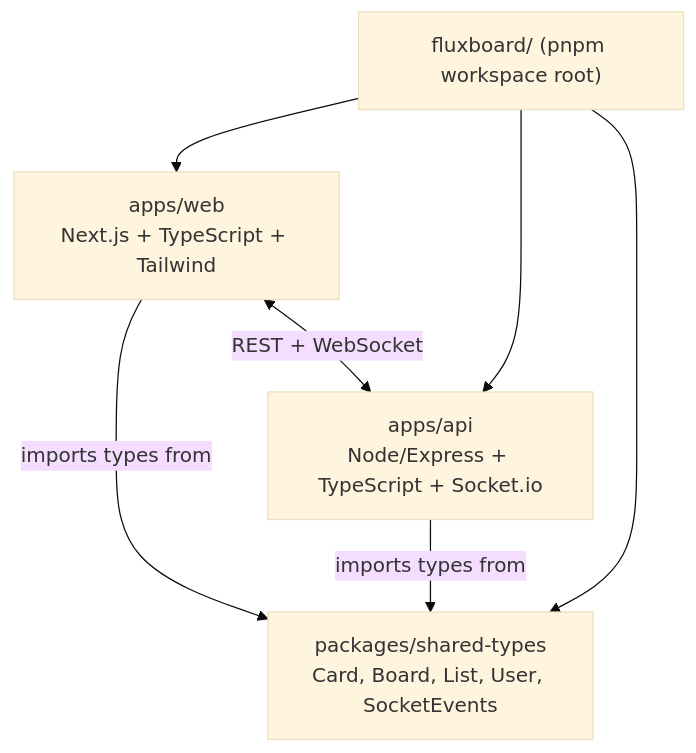
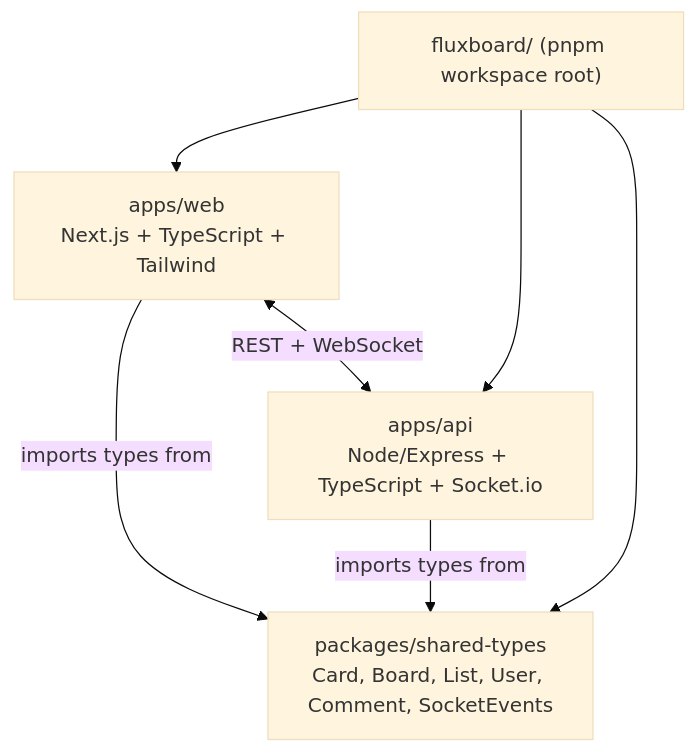
Before and after one commit to Lajat/Fluxboard: the second of 3 diagrams in README.md, drawn with Mermaid (base theme). The commit also changed other lines of this file and 49 other files, not shown here.

````diff
--- a/README.md
+++ b/README.md
@@ -10,14 +48,14 @@
 ```mermaid
 flowchart TB
     Root["fluxboard/ (pnpm workspace root)"]
     Web["apps/web<br/>Next.js + TypeScript + Tailwind"]
     Api["apps/api<br/>Node/Express + TypeScript + Socket.io"]
-    Shared["packages/shared-types<br/>Card, Board, List, User, SocketEvents"]
+    Shared["packages/shared-types<br/>Card, Board, List, User, Comment, SocketEvents"]
 
     Root --> Web
     Root --> Api
     Root --> Shared
     Web -->|"imports types from"| Shared
     Api -->|"imports types from"| Shared
     Web <-->|"REST + WebSocket"| Api
 ```
````
